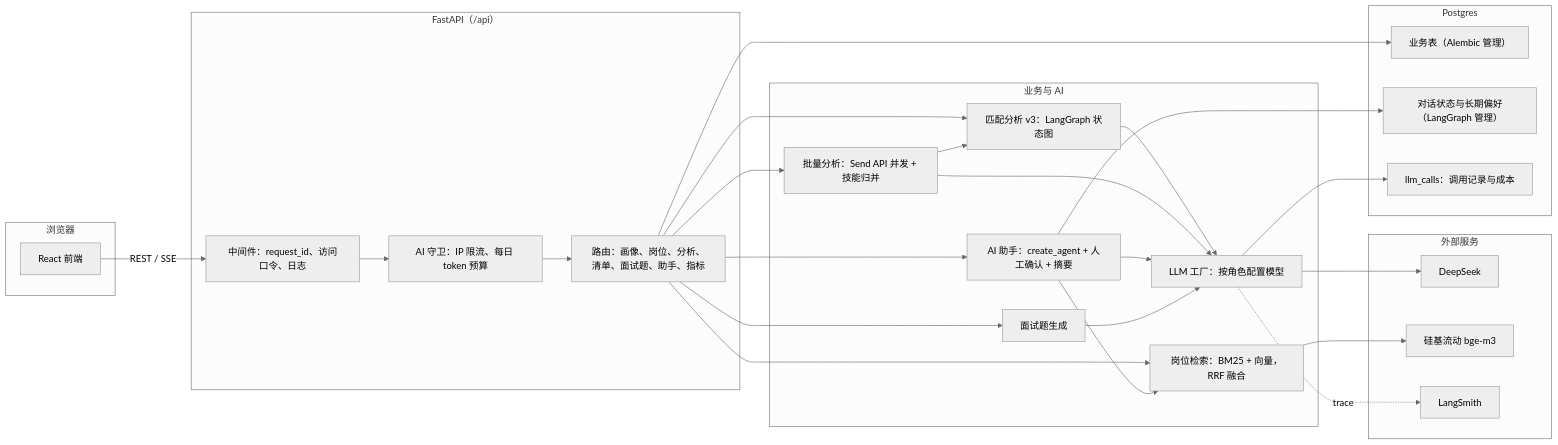
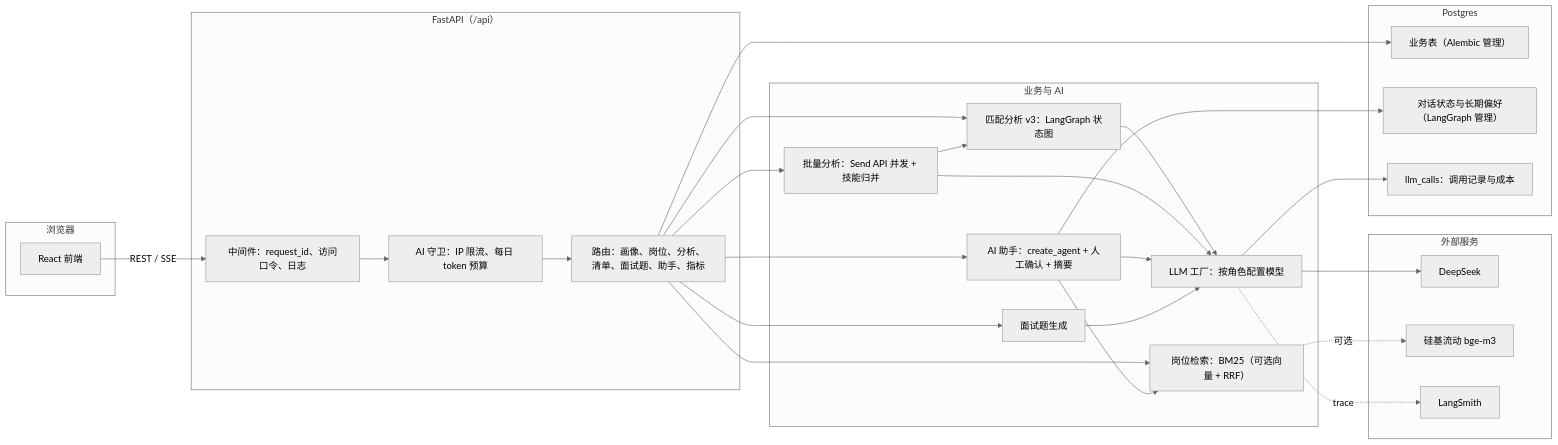
One commit to liou87/Career-Matching changed the diagram in docs/architecture.md. Above: the diagram before and after it, drawn with Mermaid (neutral theme). The commit also changed 5 other files, not shown here.

````diff
--- a/docs/architecture.md
+++ b/docs/architecture.md
@@ -7,44 +7,44 @@
 ```mermaid
 flowchart LR
     subgraph Browser["浏览器"]
         UI["React 前端"]
     end
 
     subgraph API["FastAPI（/api）"]
         MW["中间件：request_id、访问口令、日志"]
         Guard["AI 守卫：IP 限流、每日 token 预算"]
         Routes["路由：画像、岗位、分析、清单、面试题、助手、指标"]
     end
 
     subgraph Core["业务与 AI"]
         Match["匹配分析 v3：LangGraph 状态图"]
         Batch["批量分析：Send API 并发 + 技能归并"]
         Agent["AI 助手：create_agent + 人工确认 + 摘要"]
-        Retrieval["岗位检索：BM25 + 向量，RRF 融合"]
+        Retrieval["岗位检索：BM25（可选向量 + RRF）"]
         Interview["面试题生成"]
         Factory["LLM 工厂：按角色配置模型"]
     end
 
     subgraph Data["Postgres"]
         Tables["业务表（Alembic 管理）"]
         LG["对话状态与长期偏好（LangGraph 管理）"]
         Calls["llm_calls：调用记录与成本"]
     end
 
     subgraph External["外部服务"]
         DS["DeepSeek"]
         SF["硅基流动 bge-m3"]
         LS["LangSmith"]
     end
 
     UI -- "REST / SSE" --> MW --> Guard --> Routes
     Routes --> Match & Batch & Agent & Interview & Retrieval
     Agent --> Retrieval
     Batch --> Match
     Match & Batch & Agent & Interview --> Factory --> DS
-    Retrieval --> SF
+    Retrieval -. "可选" .-> SF
     Routes --> Tables
     Agent --> LG
     Factory --> Calls
     Factory -. "trace" .-> LS
 ```
````
